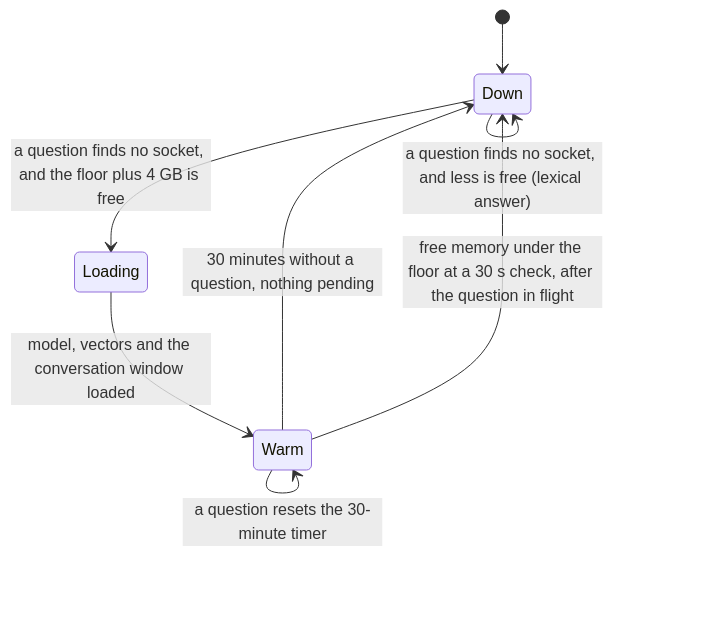
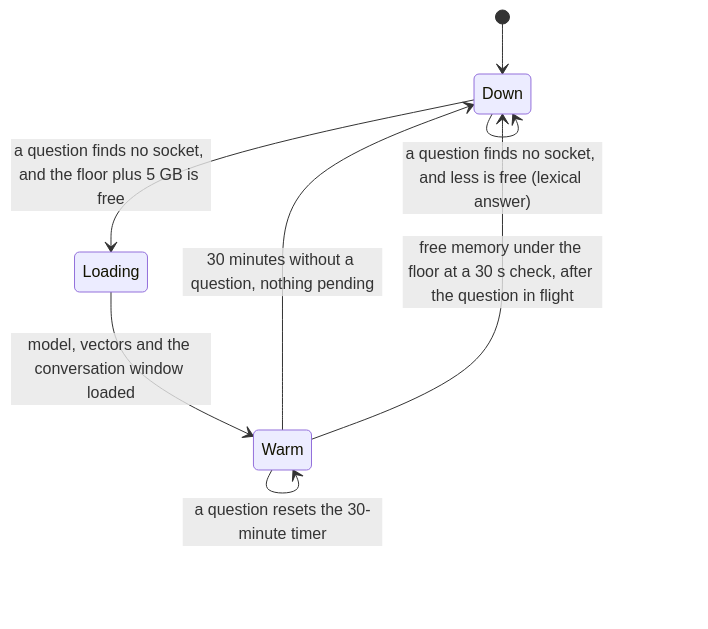
Before and after one commit to adelost/agentmux: the fifth of 5 diagrams in docs/DESIGN-search-daemon.md, drawn with Mermaid. The commit also changed other lines of this file, not shown here.

````diff
--- a/docs/DESIGN-search-daemon.md
+++ b/docs/DESIGN-search-daemon.md
@@ -201,11 +201,11 @@
 ```mermaid
 %% id: state-daemon
 stateDiagram-v2
   [*] --> Down
-  Down --> Loading: a question finds no socket, and the floor plus 4 GB is free
+  Down --> Loading: a question finds no socket, and the floor plus 5 GB is free
   Down --> Down: a question finds no socket, and less is free (lexical answer)
   Loading --> Warm: model, vectors and the conversation window loaded
   Warm --> Warm: a question resets the 30-minute timer
   Warm --> Down: 30 minutes without a question, nothing pending
   Warm --> Down: free memory under the floor at a 30 s check, after the question in flight
 ```
````
